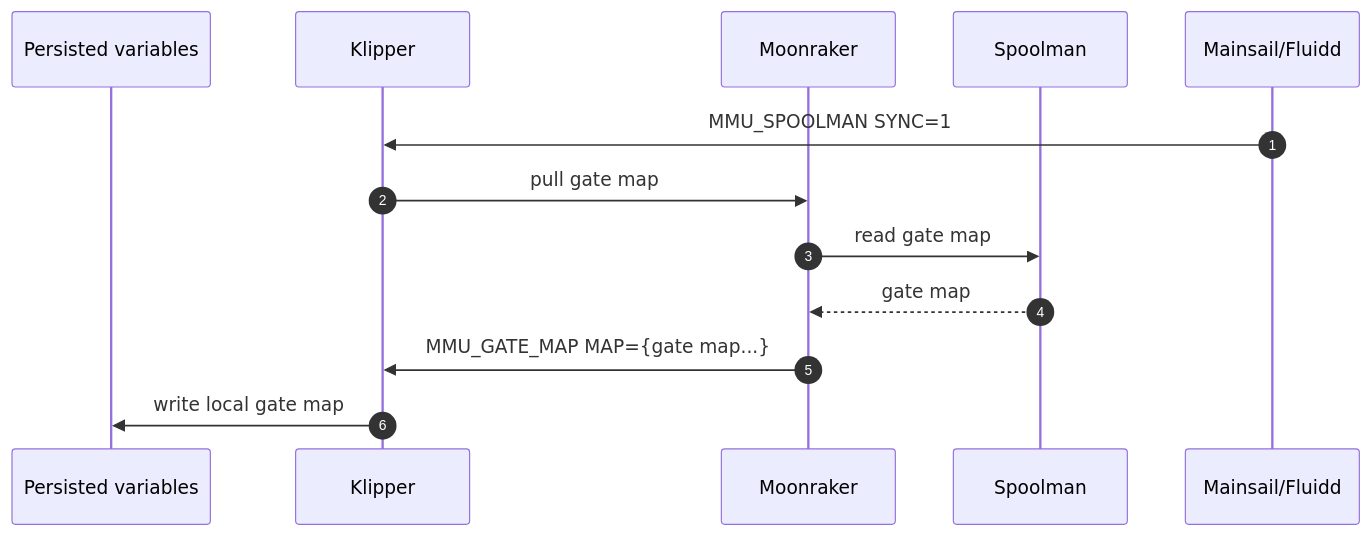
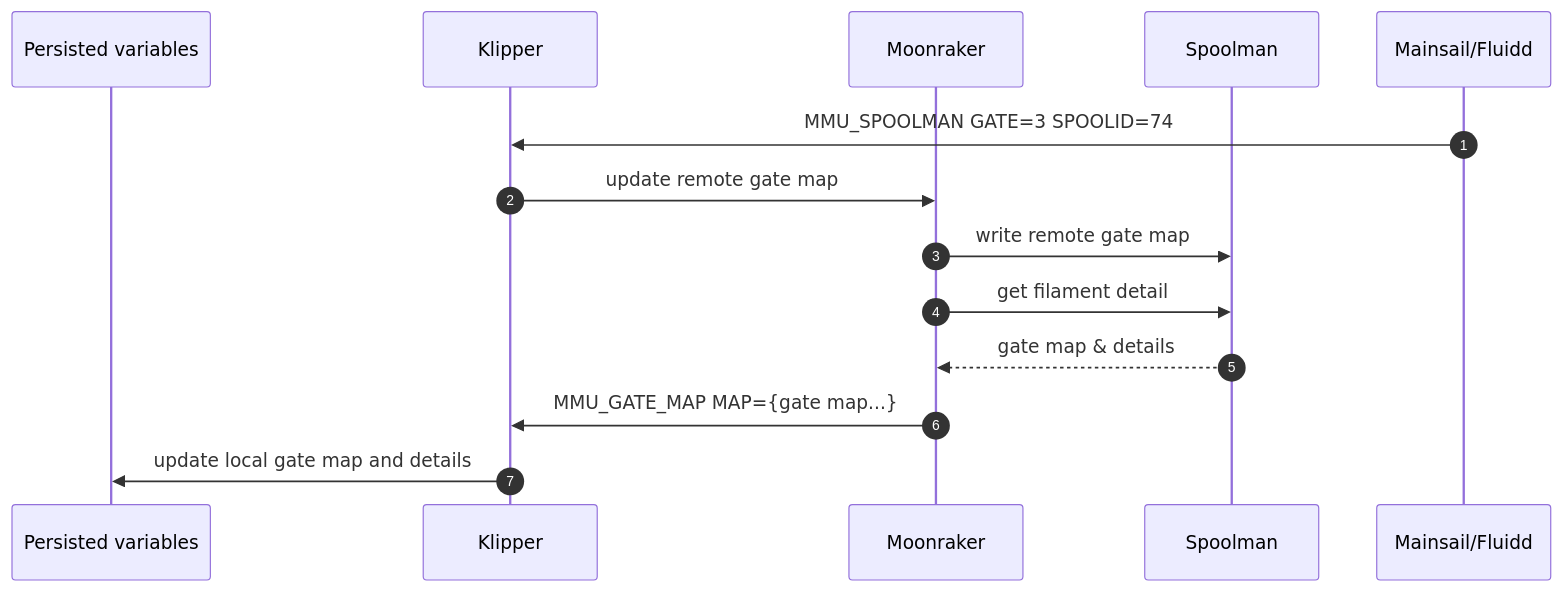
Before and after one commit to 3DCoded/Happy-Hare: the sixth of 6 diagrams in Spoolman-Support.md, drawn with Mermaid. The commit also changed other lines of this file, not shown here.

````diff
--- a/Spoolman-Support.md
+++ b/Spoolman-Support.md
@@ -196,16 +200,17 @@
 ```mermaid
 sequenceDiagram
     autonumber
     participant L as Persisted variables
     participant K as Klipper
     participant M as Moonraker
     participant S as Spoolman
     participant MF as Mainsail/Fluidd
 
-    MF->>K: MMU_SPOOLMAN SYNC=1
-    K->>M: pull gate map
-    M->>S: read gate map
-    S-->>M: gate map
+    MF->>K: MMU_SPOOLMAN GATE=3 SPOOLID=74
+    K->>M: update remote gate map
+    M->>S: write remote gate map
+    M->>S: get filament detail
+    S-->>M: gate map & details
     M->>K: MMU_GATE_MAP MAP={gate map...}
-    K->>L: write local gate map
+    K->>L: update local gate map and details
 ```
````
